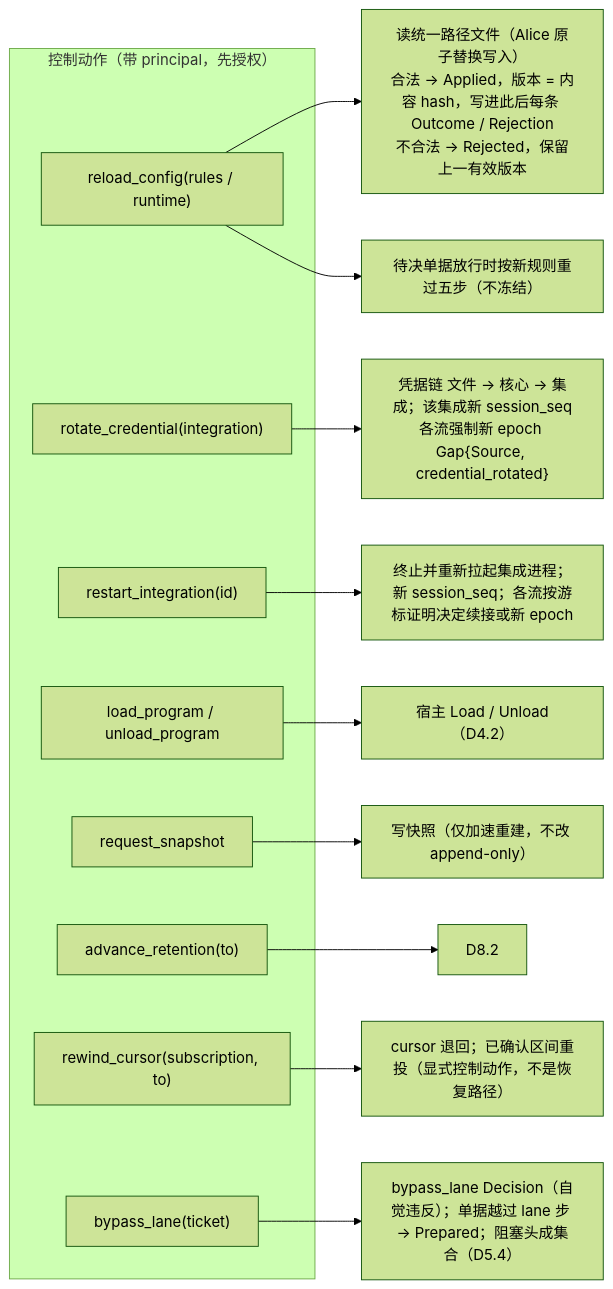
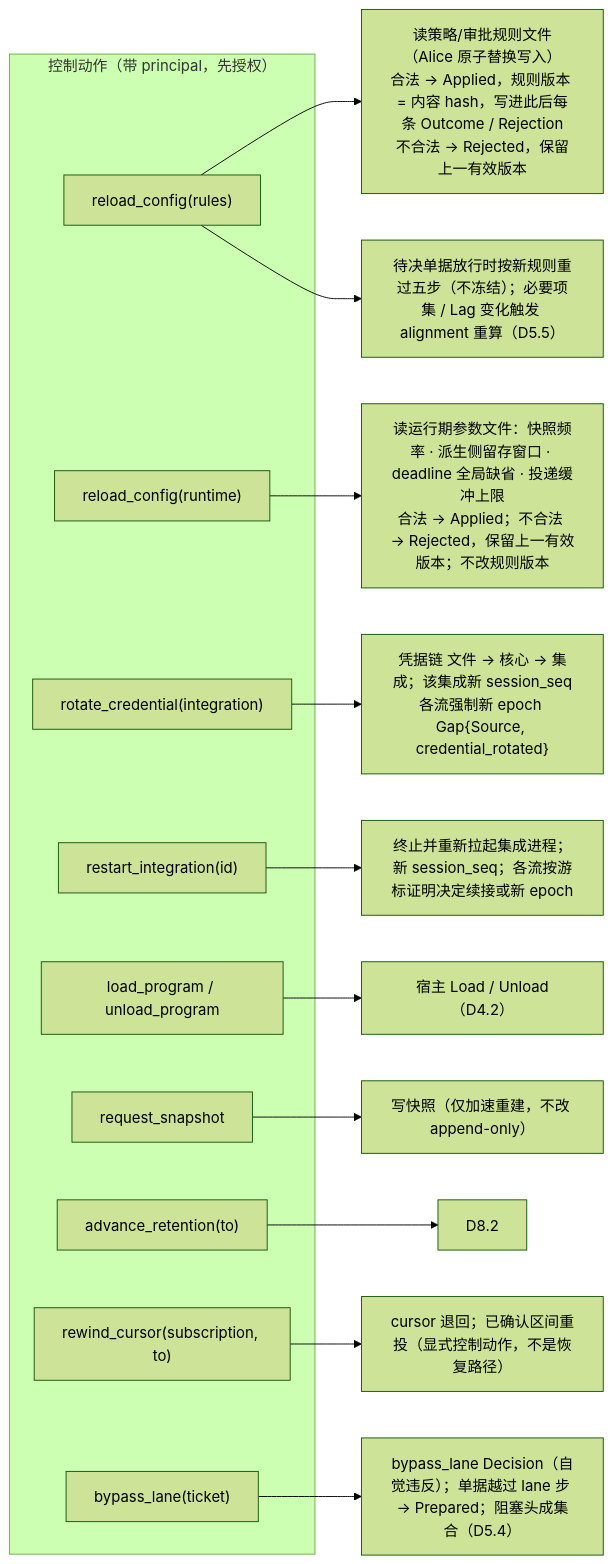
Before and after one commit to mouriya-s-lab/uta: the fourth of 4 diagrams in design/diagrams/09-alice-session.md, drawn with Mermaid (forest theme). The commit also changed other lines of this file and 10 other files, not shown here.

````diff
--- a/design/diagrams/09-alice-session.md
+++ b/design/diagrams/09-alice-session.md
@@ -111,22 +116,24 @@
 ```mermaid
 flowchart LR
   subgraph ACT["控制动作（带 principal，先授权）"]
-    A1["reload_config(rules / runtime)"]
+    A1["reload_config(rules)"]
+    A1r["reload_config(runtime)"]
     A2["rotate_credential(integration)"]
     A3["restart_integration(id)"]
     A4["load_program / unload_program"]
     A5["request_snapshot"]
     A6["advance_retention(to)"]
     A7["rewind_cursor(subscription, to)"]
     A8["bypass_lane(ticket)"]
   end
-  A1 --> F1["读统一路径文件（Alice 原子替换写入）<br/>合法 → Applied，版本 = 内容 hash，写进此后每条 Outcome / Rejection<br/>不合法 → Rejected，保留上一有效版本"]
-  A1 --> F1b["待决单据放行时按新规则重过五步（不冻结）"]
+  A1 --> F1["读策略/审批规则文件（Alice 原子替换写入）<br/>合法 → Applied，规则版本 = 内容 hash，写进此后每条 Outcome / Rejection<br/>不合法 → Rejected，保留上一有效版本"]
+  A1 --> F1b["待决单据放行时按新规则重过五步（不冻结）；必要项集 / Lag 变化触发 alignment 重算（D5.5）"]
+  A1r --> F1c["读运行期参数文件：快照频率 · 派生侧留存窗口 · deadline 全局缺省 · 投递缓冲上限<br/>合法 → Applied；不合法 → Rejected，保留上一有效版本；不改规则版本"]
   A2 --> F2["凭据链 文件 → 核心 → 集成；该集成新 session_seq<br/>各流强制新 epoch Gap{Source, credential_rotated}"]
   A3 --> F3["终止并重新拉起集成进程；新 session_seq；各流按游标证明决定续接或新 epoch"]
   A4 --> F4["宿主 Load / Unload（D4.2）"]
   A5 --> F5["写快照（仅加速重建，不改 append-only）"]
   A6 --> F6["D8.2"]
   A7 --> F7["cursor 退回；已确认区间重投（显式控制动作，不是恢复路径）"]
   A8 --> F8["bypass_lane Decision（自觉违反）；单据越过 lane 步 → Prepared；阻塞头成集合（D5.4）"]
 ```
````
